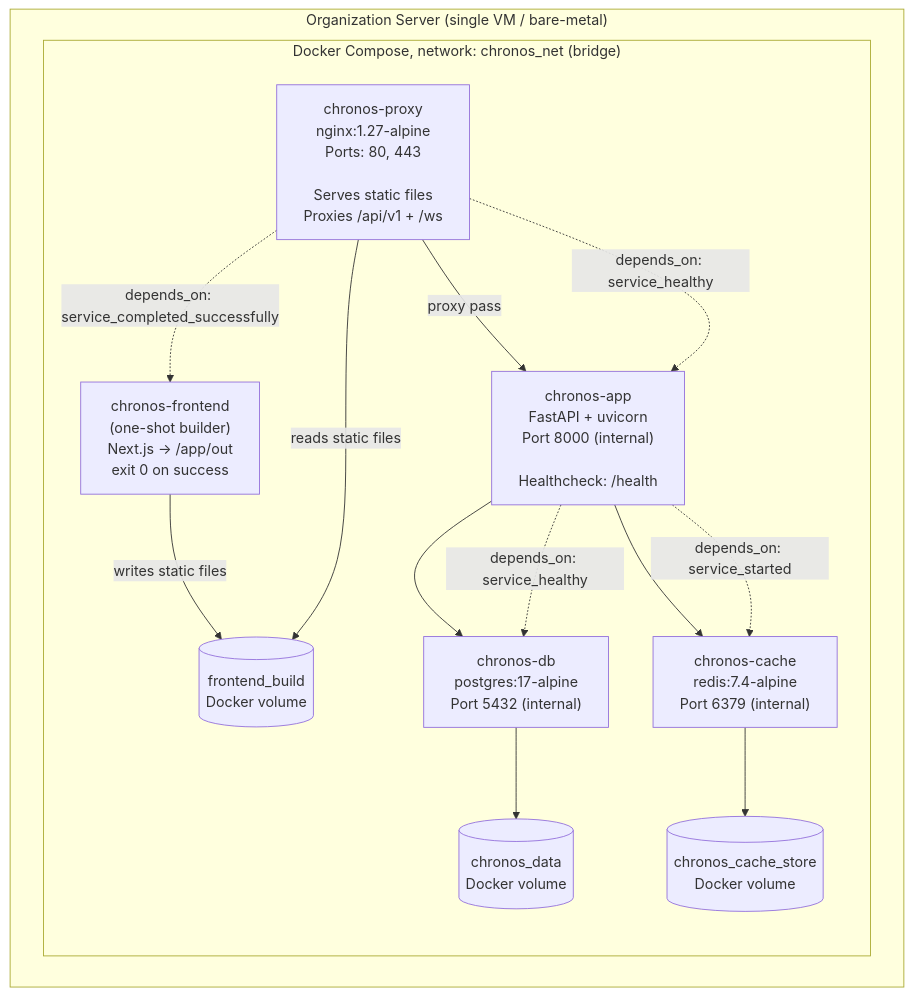
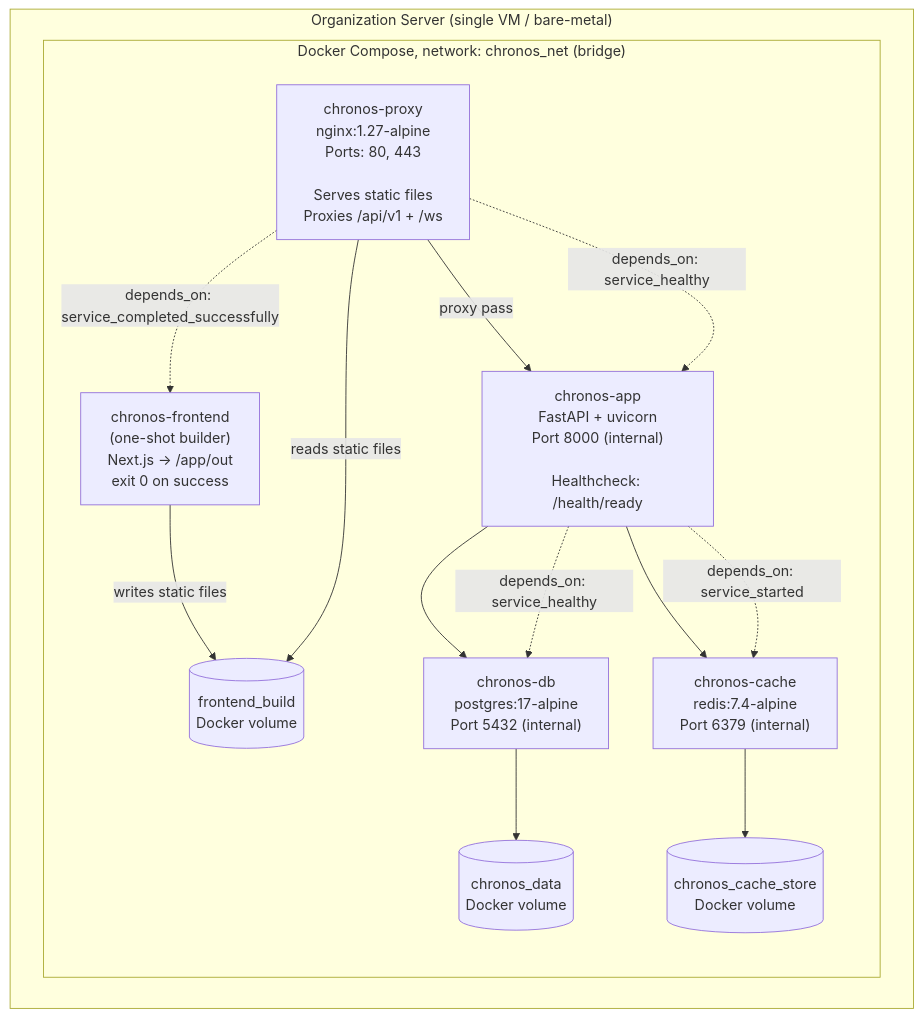
The first of 2 diagrams in docs/deployment.md (Life-Experimentalist/Chronos-Ledger), drawn with Mermaid before and after one commit. The commit also changed other lines of this file and 8 other files, not shown here.

First line of the commit message:
feat(health): report version and migration revision, add /health/ready

````diff
--- a/docs/deployment.md
+++ b/docs/deployment.md
@@ -21,28 +21,28 @@
 ```mermaid
 graph TB
     subgraph Host["Organization Server (single VM / bare-metal)"]
         subgraph DC["Docker Compose, network: chronos_net (bridge)"]
             NX["chronos-proxy\nnginx:1.27-alpine\nPorts: 80, 443\n\nServes static files\nProxies /api/v1 + /ws"]
             FE["chronos-frontend\n(one-shot builder)\nNext.js → /app/out\nexit 0 on success"]
-            APP["chronos-app\nFastAPI + uvicorn\nPort 8000 (internal)\n\nHealthcheck: /health"]
+            APP["chronos-app\nFastAPI + uvicorn\nPort 8000 (internal)\n\nHealthcheck: /health/ready"]
             DB["chronos-db\npostgres:17-alpine\nPort 5432 (internal)"]
             CACHE["chronos-cache\nredis:7.4-alpine\nPort 6379 (internal)"]
 
             V1[(frontend_build\nDocker volume)]
             V2[(chronos_data\nDocker volume)]
             V3[(chronos_cache_store\nDocker volume)]
         end
     end
 
     FE -->|writes static files| V1
     NX -->|reads static files| V1
     APP --> DB & CACHE
     NX -->|proxy pass| APP
 
     NX -.->|depends_on: service_completed_successfully| FE
     NX -.->|depends_on: service_healthy| APP
     APP -.->|depends_on: service_healthy| DB
     APP -.->|depends_on: service_started| CACHE
     DB --> V2
     CACHE --> V3
 ```
````
